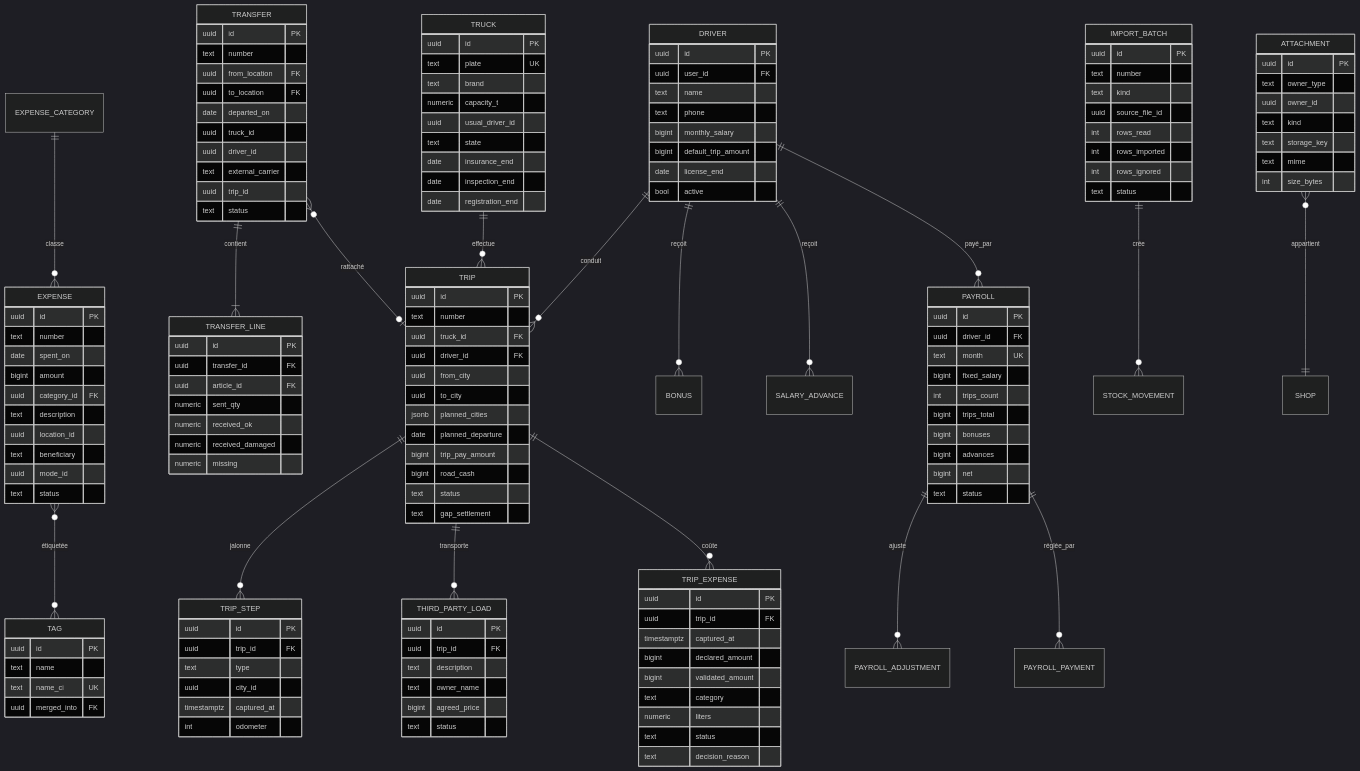
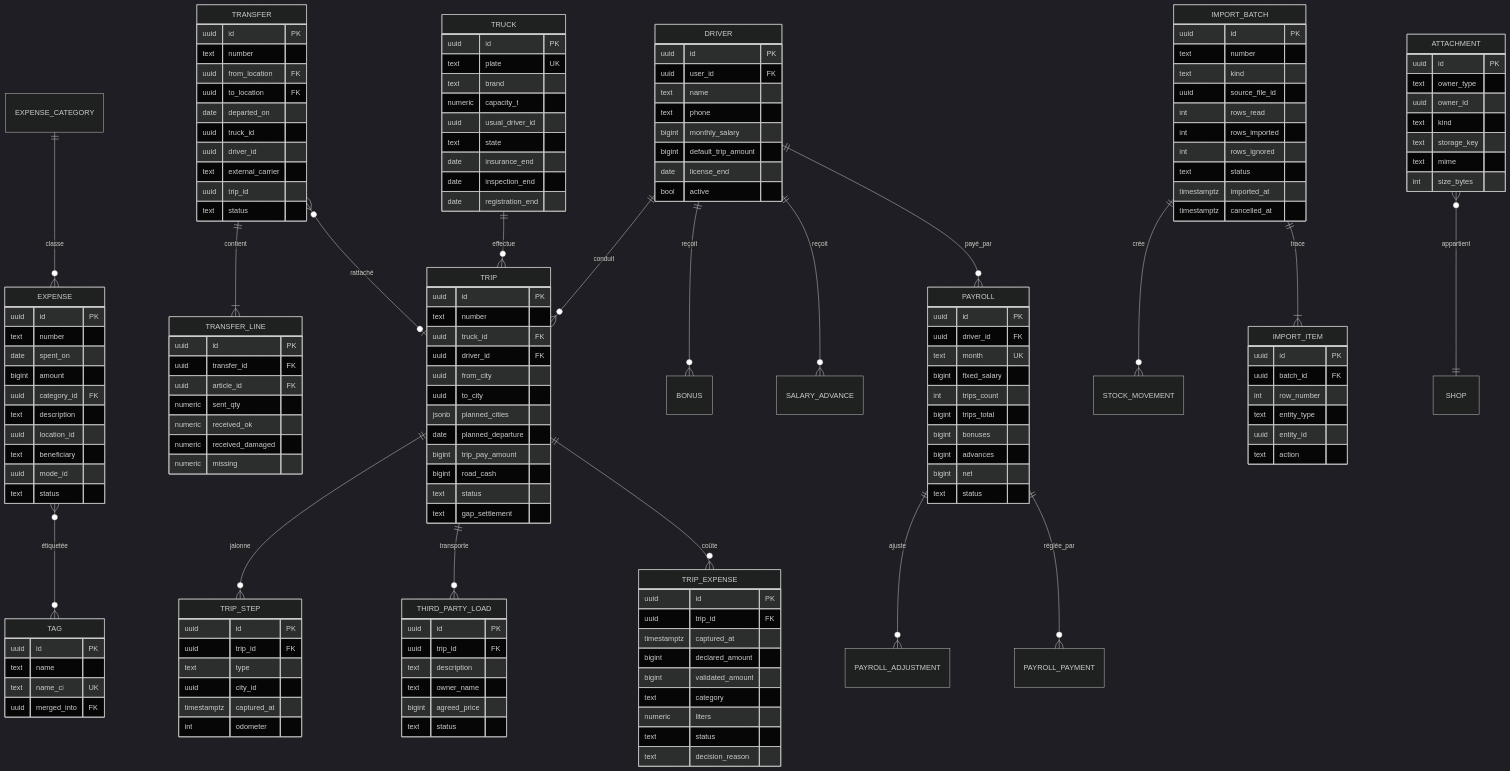
The eighth of 16 diagrams in specs.md (diddifreecmr-droid/gestion-de-boutique), drawn with Mermaid (dark theme) before and after one commit. The commit also changed other lines of this file, not shown here.

First line of the commit message:
wip(t26): specs du Lot 3 — décisions QC-1 à QC-6, codes d'erreur, routes, 5 modèles d'import, sans remise

```diff
--- a/specs.md
+++ b/specs.md
@@ -803,6 +801,7 @@
     PAYROLL ||--o{ PAYROLL_ADJUSTMENT : ajuste
     PAYROLL ||--o{ PAYROLL_PAYMENT : réglée_par
     IMPORT_BATCH ||--o{ STOCK_MOVEMENT : crée
+    IMPORT_BATCH ||--|{ IMPORT_ITEM : trace
     ATTACHMENT }o--|| SHOP : appartient
 
     EXPENSE {
@@ -927,6 +926,16 @@
         int rows_imported
         int rows_ignored
         text status
+        timestamptz imported_at
+        timestamptz cancelled_at
+    }
+    IMPORT_ITEM {
+        uuid id PK
+        uuid batch_id FK
+        int row_number
+        text entity_type
+        uuid entity_id
+        text action
     }
     ATTACHMENT {
         uuid id PK
```
